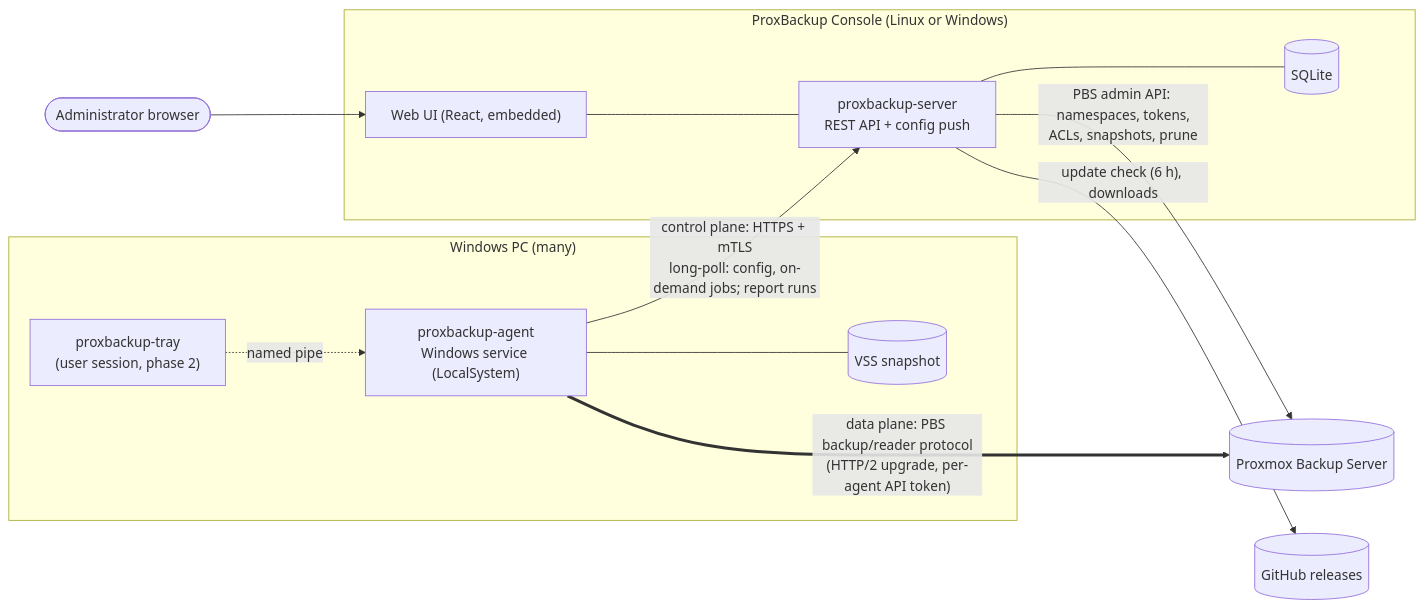
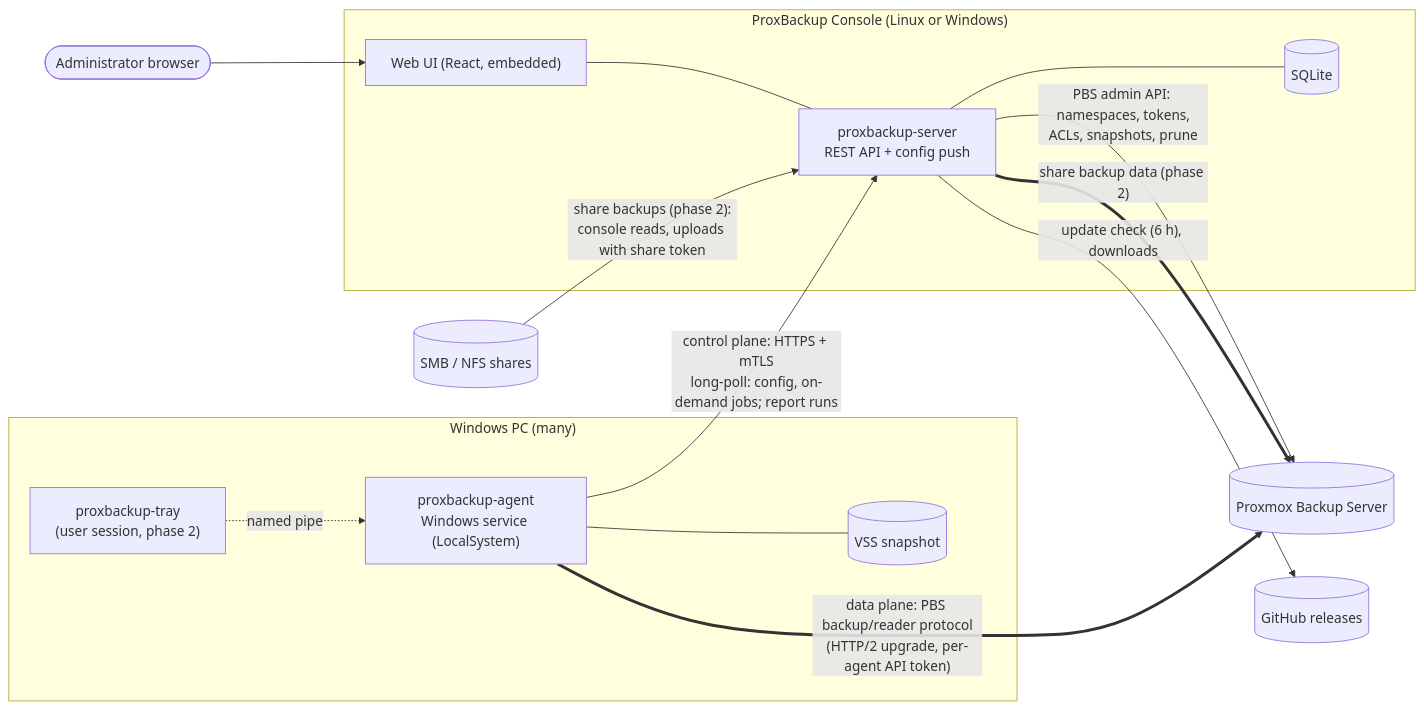
Before and after one commit to Lopicl/proxbackup-solution: the first of 6 diagrams in docs/architecture.md, drawn with Mermaid. The commit also changed other lines of this file and 1 other file, not shown here.

First line of the commit message:
docs: back up network shares from the console instead of an agent

````diff
--- a/docs/architecture.md
+++ b/docs/architecture.md
@@ -27,26 +27,28 @@
 ```mermaid
 flowchart LR
   subgraph PC["Windows PC (many)"]
     TRAY["proxbackup-tray<br/>(user session, phase 2)"] -. named pipe .-> AGENT
     AGENT["proxbackup-agent<br/>Windows service (LocalSystem)"]
     VSS[(VSS snapshot)]
     AGENT --- VSS
   end
 
   subgraph MGMT["ProxBackup Console (Linux or Windows)"]
     API["proxbackup-server<br/>REST API + config push"]
     UI["Web UI (React, embedded)"]
     DB[(SQLite)]
     API --- DB
     UI --- API
   end
 
   PBS[("Proxmox Backup Server")]
   GH[("GitHub releases")]
 
   AGENT -- "control plane: HTTPS + mTLS<br/>long-poll: config, on-demand jobs; report runs" --> API
   AGENT == "data plane: PBS backup/reader protocol<br/>(HTTP/2 upgrade, per-agent API token)" ==> PBS
   API -- "PBS admin API: namespaces, tokens,<br/>ACLs, snapshots, prune" --> PBS
   API -- "update check (6 h), downloads" --> GH
+  SHARES[("SMB / NFS shares")] -- "share backups (phase 2):<br/>console reads, uploads with share token" --> API
+  API == "share backup data (phase 2)" ==> PBS
   ADMIN(["Administrator browser"]) --> UI
 ```
````
